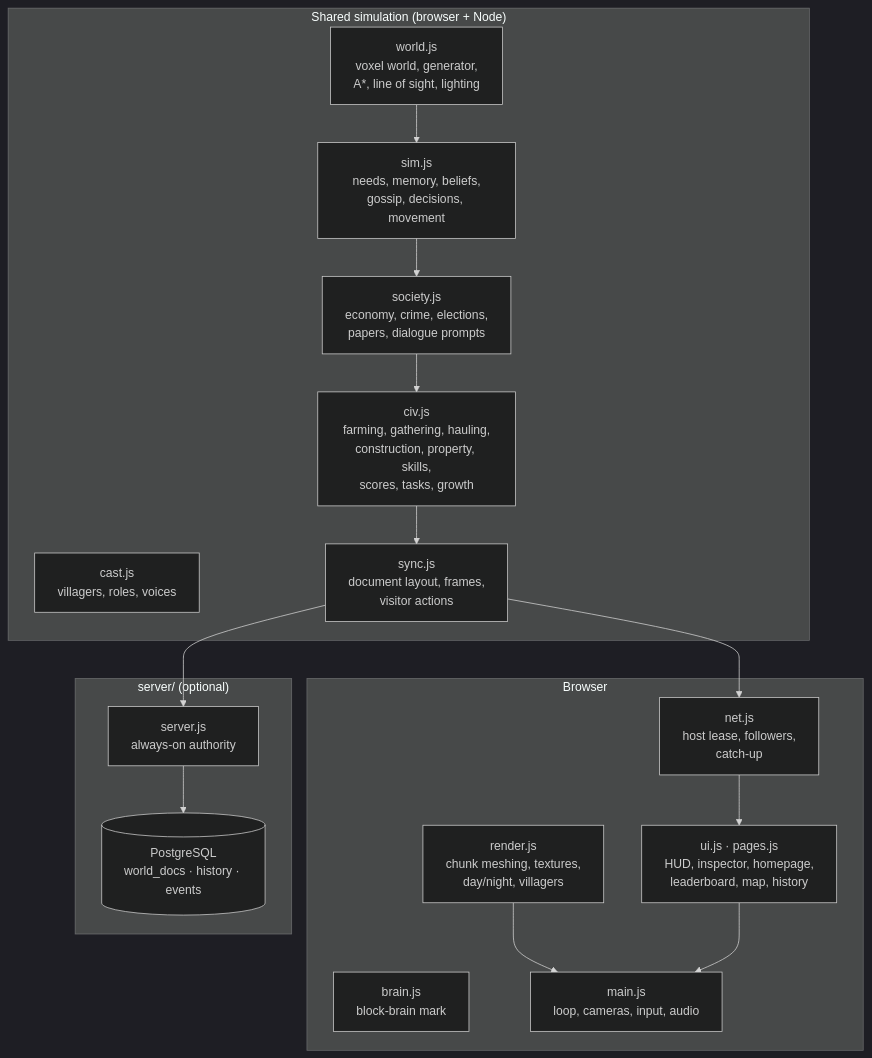
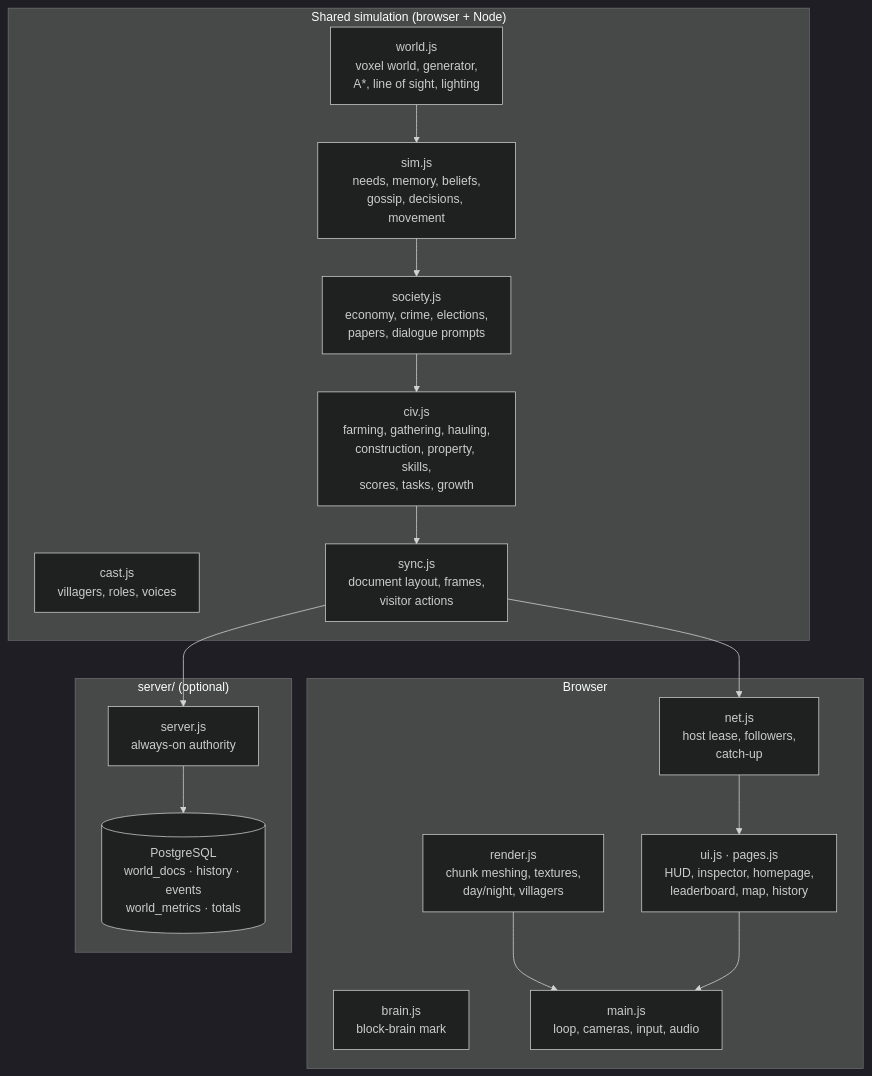
Before and after one commit to pastpita/ai-craft: the eighth of 9 diagrams in README.md, drawn with Mermaid (dark theme). The commit also changed other lines of this file and 23 other files, not shown here.

````diff
--- a/README.md
+++ b/README.md
@@ -236,27 +287,27 @@
 ```mermaid
 flowchart TB
     subgraph Shared["Shared simulation (browser + Node)"]
       W[world.js<br/>voxel world, generator,<br/>A*, line of sight, lighting]
       C[cast.js<br/>villagers, roles, voices]
       SIM[sim.js<br/>needs, memory, beliefs,<br/>gossip, decisions, movement]
       SOC[society.js<br/>economy, crime, elections,<br/>papers, dialogue prompts]
       CIV[civ.js<br/>farming, gathering, hauling,<br/>construction, property, skills,<br/>scores, tasks, growth]
       SYNC[sync.js<br/>document layout, frames,<br/>visitor actions]
     end
     subgraph Browser
       NET[net.js<br/>host lease, followers,<br/>catch-up]
       R[render.js<br/>chunk meshing, textures,<br/>day/night, villagers]
       UI[ui.js · pages.js<br/>HUD, inspector, homepage,<br/>leaderboard, map, history]
       BR[brain.js<br/>block-brain mark]
       MAIN[main.js<br/>loop, cameras, input, audio]
     end
     subgraph Server["server/ (optional)"]
       SV[server.js<br/>always-on authority]
-      PG[(PostgreSQL<br/>world_docs · history · events)]
+      PG[(PostgreSQL<br/>world_docs · history · events<br/>world_metrics · totals)]
     end
     W --> SIM --> SOC --> CIV --> SYNC
     SYNC --> NET --> UI
     SYNC --> SV --> PG
     R --> MAIN
     UI --> MAIN
 ```
````
